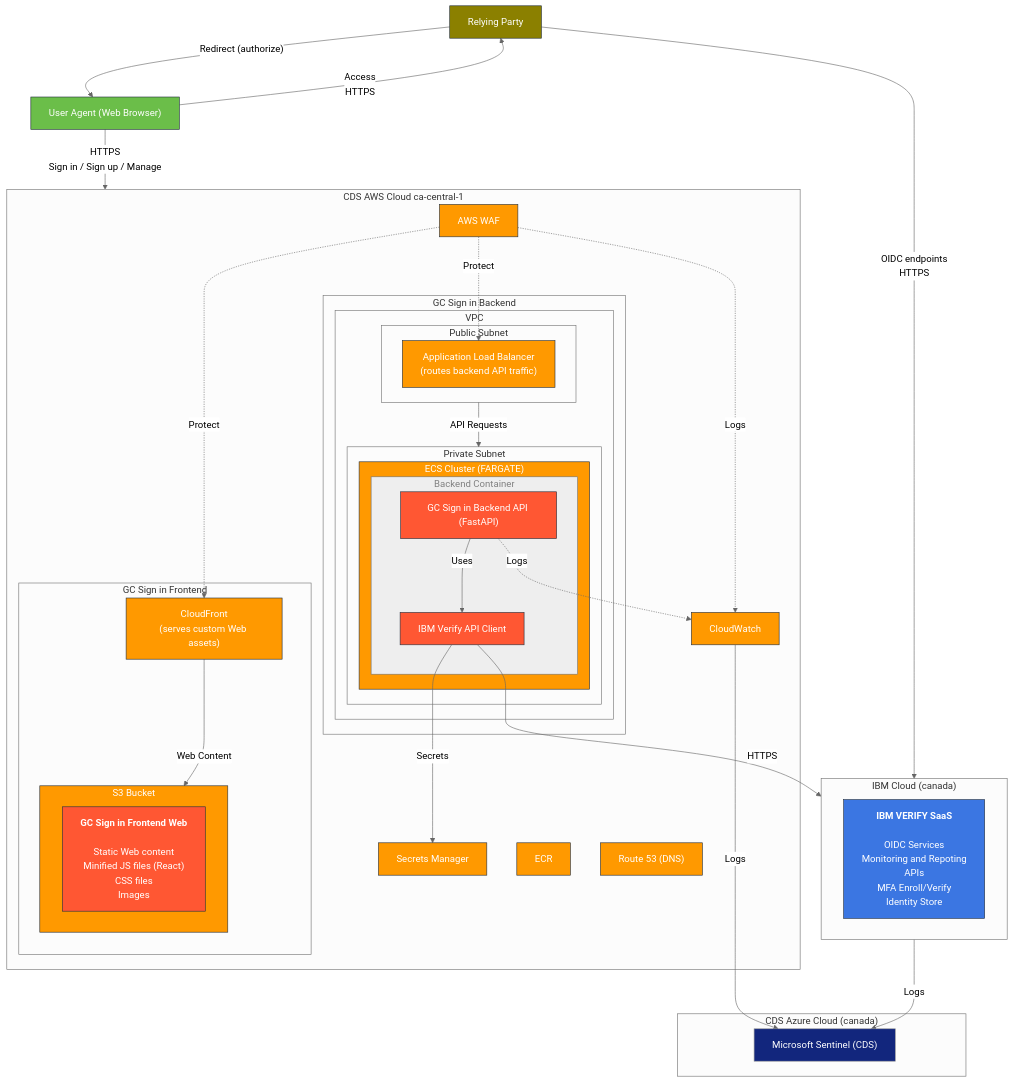
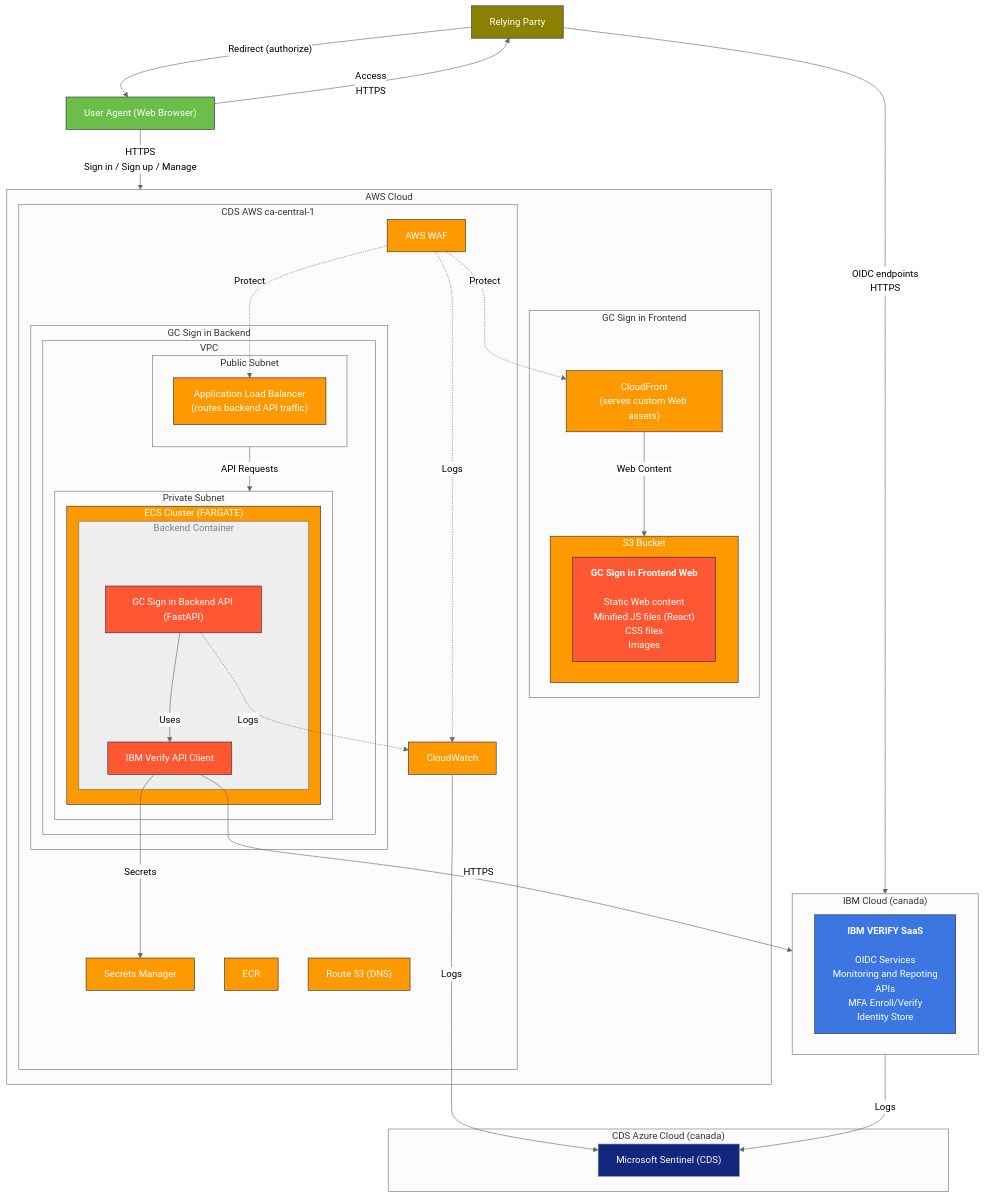
The diagram in docs/architecture/gc-signin-aws-system-architecture.mmd (cds-snc/canadalogin-user-selfservice-webapp), drawn with Mermaid before and after one commit. The commit also changed 3 other files, not shown here.

Commit message:
Solution architecture - moved CloudWatch out of ca-central-1

```diff
--- a/docs/architecture/gc-signin-aws-system-architecture.mmd
+++ b/docs/architecture/gc-signin-aws-system-architecture.mmd
@@ -1,83 +1,84 @@
 %%{init: {'theme':'neutral'}}%%
 graph TB
     RelyingParty[Relying Party]
     WebBrowser["User Agent (Web Browser)"]
 
-    subgraph AWS["CDS AWS Cloud ca-central-1"]
-        subgraph GC Sign in Backend
-            subgraph "VPC"
-                subgraph PublicSubnet["Public Subnet"]
-                    ALB["Application Load Balancer<br/>(routes backend API traffic)"]
-                end
 
-                subgraph PrivateSubnet["Private Subnet"]
-                    subgraph ECS["ECS Cluster (FARGATE)"]
-                        subgraph BackendContainer["Backend Container"]
-                            APIBackend["GC Sign in Backend API (FastAPI)"]
-                            APIClient["IBM Verify API Client"]
-                        end
-                    end
-                end
-            end
-        end
-
+    subgraph AWS["AWS Cloud"]
         subgraph GC Sign in Frontend
             CloudFront["CloudFront<br/>(serves custom Web assets)"]
             subgraph S3[S3 Bucket]
                 GCSigninFrontEnd["<strong>GC Sign in Frontend Web</strong><br/><br/>Static Web content<br/>Minified JS files (React)<br/>CSS files<br/>Images"]
             end
         end
 
-        CloudWatch[CloudWatch]
-        SecretsManager[Secrets Manager]
-        ECR["ECR"]
-        Route53["Route 53 (DNS)"]
-        WAF[AWS WAF]
+        subgraph AWSCanada["CDS AWS ca-central-1"]
+            subgraph GC Sign in Backend
+                subgraph "VPC"
+                    subgraph PublicSubnet["Public Subnet"]
+                        ALB["Application Load Balancer<br/>(routes backend API traffic)"]
+                    end
+
+                    subgraph PrivateSubnet["Private Subnet"]
+                        subgraph ECS["ECS Cluster (FARGATE)"]
+                            subgraph BackendContainer["Backend Container"]
+                                APIBackend["GC Sign in Backend API (FastAPI)"]
+                                APIClient["IBM Verify API Client"]
+                            end
+                        end
+                    end
+                end
+            end
+
+            CloudWatch[CloudWatch]
+            SecretsManager[Secrets Manager]
+            ECR["ECR"]
+            Route53["Route 53 (DNS)"]
+            WAF[AWS WAF]
+        end
     end
 
     subgraph IBMVerify["IBM Cloud (canada)"]
         IBMVerifyFeatures["<strong>IBM VERIFY SaaS</strong><br/><br/>OIDC Services<br/>Monitoring and Repoting<br/>APIs<br/>MFA Enroll/Verify<br/>Identity Store"]
     end
 
     subgraph Azure["CDS Azure Cloud (canada)"]
         Sentinel["Microsoft Sentinel (CDS)"]
     end
     
-    
-
     %% Connections
     WebBrowser-->|"Access<br/>HTTPS"| RelyingParty
-    WebBrowser ------->|"HTTPS<br/>Sign in / Sign up / Manage"| AWS
+    WebBrowser----->|"HTTPS<br/>Sign in / Sign up / Manage"| AWS
     RelyingParty-->|"OIDC endpoints<br/>HTTPS"| IBMVerify
     RelyingParty-->|"Redirect (authorize)"| WebBrowser
     CloudFront -->|Web Content| S3
     WAF -.->|Protect| ALB
     WAF -.->|Protect| CloudFront
     PublicSubnet -->|API Requests| PrivateSubnet
     APIBackend-->|Uses| APIClient
     APIClient -->|HTTPS| IBMVerify
     APIClient -->|Secrets| SecretsManager
 
     %% Monitoring
     WAF -.->|Logs| CloudWatch
     APIBackend -.->|Logs| CloudWatch
     CloudWatch -->|Logs| Sentinel
     IBMVerify -->|Logs| Sentinel
 
     %% Styling
     classDef aws fill:#FF9900,stroke:#232F3E,color:white;
     classDef gcsignin fill:#FF5733,stroke:#232F3E,color:white;
     classDef ibm fill:#3B76e2,stroke:#232F3E,color:white;
     classDef ibmchild fill:#1B46C2,stroke:#232F3E,color:white;
     classDef users fill:#6BBE49,stroke:#232F3E,color:white;
     classDef rp fill:#8B8000,stroke:#232F3E,color:white;
     classDef azure fill:#12267d,stroke:#23F3E,color:white;
     classDef docker fill:#EEEEEE,stroke:#23F3E,color:grey;
 
     class Route53,CloudFront,ALB,WAF,CFWAF,ECS,ECR,CloudWatch,SecretsManager,WAFLogs,S3 aws;
     class IBMVerifyFeatures ibm;
     class WebBrowser users;
     class RelyingParty rp;
     class GCSigninFrontEnd,APIBackend,APIClient gcsignin;
     class Sentinel azure;
     class BackendContainer docker;
```
